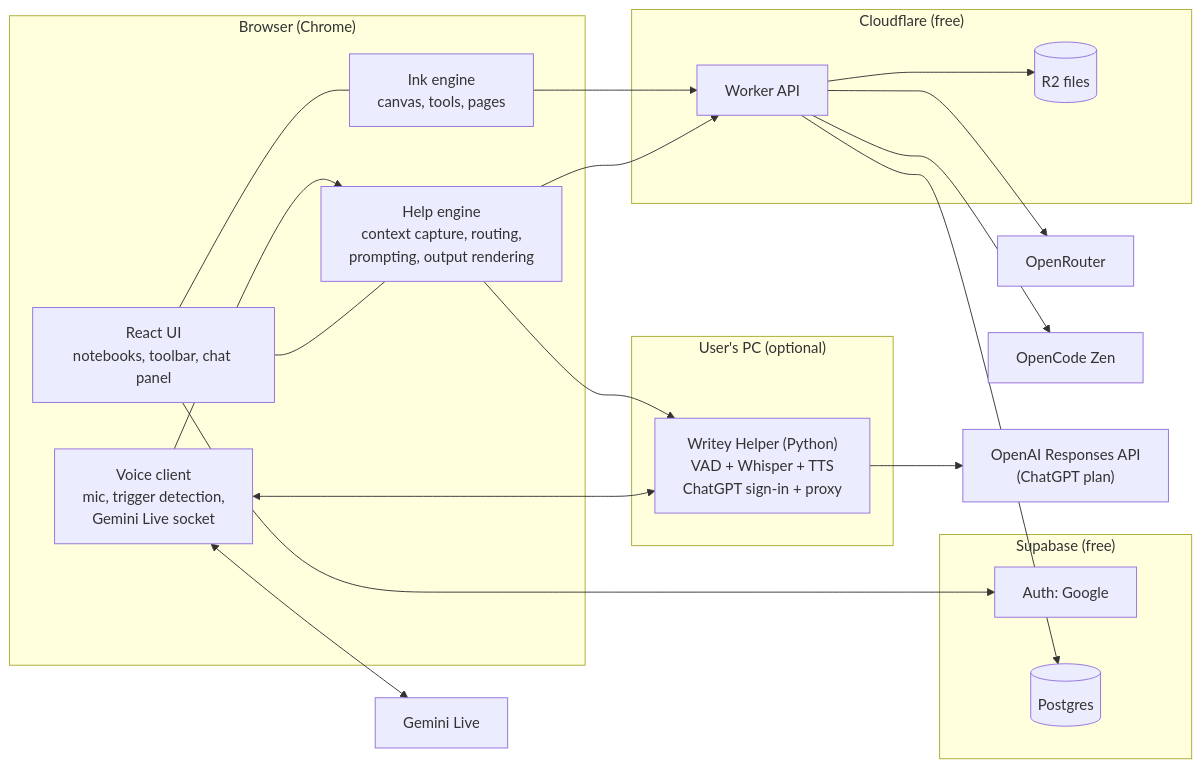
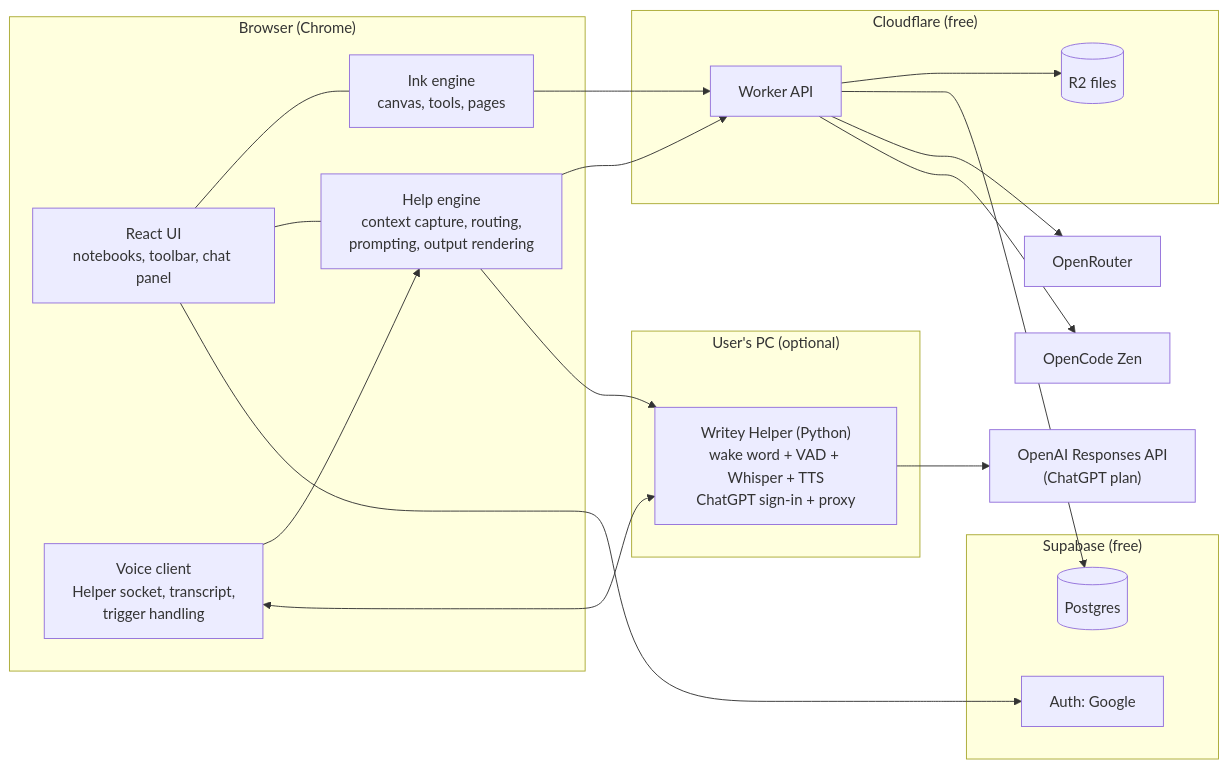
The first of 2 diagrams in docs/ARCHITECTURE.md (lagoonitself/writey), drawn with Mermaid before and after one commit. The commit also changed other lines of this file and 4 other files, not shown here.

First line of the commit message:
Add HANDOFF, AGENTS and CLAUDE docs; drop Gemini Live from the architecture

````diff
--- a/docs/ARCHITECTURE.md
+++ b/docs/ARCHITECTURE.md
@@ -35,43 +38,41 @@
 ```mermaid
 flowchart LR
   subgraph Browser["Browser (Chrome)"]
     UI["React UI<br/>notebooks, toolbar, chat panel"]
     ENG["Ink engine<br/>canvas, tools, pages"]
     HELP["Help engine<br/>context capture, routing,<br/>prompting, output rendering"]
-    VOICE["Voice client<br/>mic, trigger detection,<br/>Gemini Live socket"]
+    VOICE["Voice client<br/>Helper socket, transcript,<br/>trigger handling"]
   end
 
   subgraph Local["User's PC (optional)"]
-    HELPER["Writey Helper (Python)<br/>VAD + Whisper + TTS<br/>ChatGPT sign-in + proxy"]
+    HELPER["Writey Helper (Python)<br/>wake word + VAD + Whisper + TTS<br/>ChatGPT sign-in + proxy"]
   end
 
   subgraph CF["Cloudflare (free)"]
     W["Worker API"]
     R2[("R2 files")]
   end
 
   subgraph SB["Supabase (free)"]
     AUTH["Auth: Google"]
     DB[("Postgres")]
   end
 
   OR["OpenRouter"]
   OZ["OpenCode Zen"]
-  GL["Gemini Live"]
   OA["OpenAI Responses API<br/>(ChatGPT plan)"]
 
   UI --- ENG
   UI --- HELP
   VOICE --> HELP
   HELP --> W
   ENG --> W
   W --> R2
   W --> DB
   UI --> AUTH
   W --> OR
   W --> OZ
-  VOICE <--> GL
   VOICE <--> HELPER
   HELP --> HELPER
   HELPER --> OA
 ```
````
